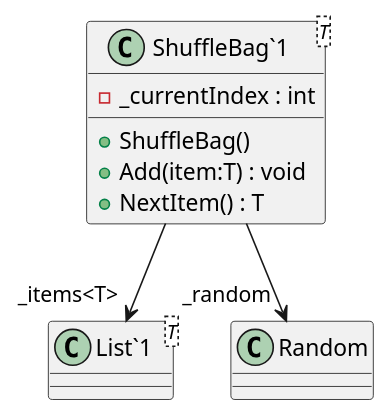
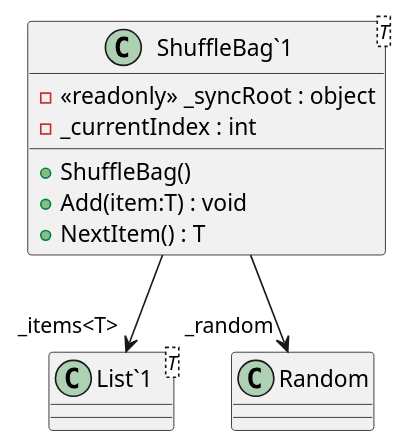
One commit to badscotsman/ShuffleBagLib changed the diagram in _plantuml/include.puml. Above: the diagram before and after it, drawn with PlantUML. The commit also changed 12 other files, not shown here.

```diff
--- a/_plantuml/include.puml
+++ b/_plantuml/include.puml
@@ -1,12 +1,13 @@
 @startuml
 class "ShuffleBag`1"<T> {
+    - <<readonly>> _syncRoot : object
     - _currentIndex : int
     + ShuffleBag()
     + Add(item:T) : void
     + NextItem() : T
 }
 class "List`1"<T> {
 }
 "ShuffleBag`1" --> "_items<T>" "List`1"
 "ShuffleBag`1" --> "_random" Random
 @enduml
```
